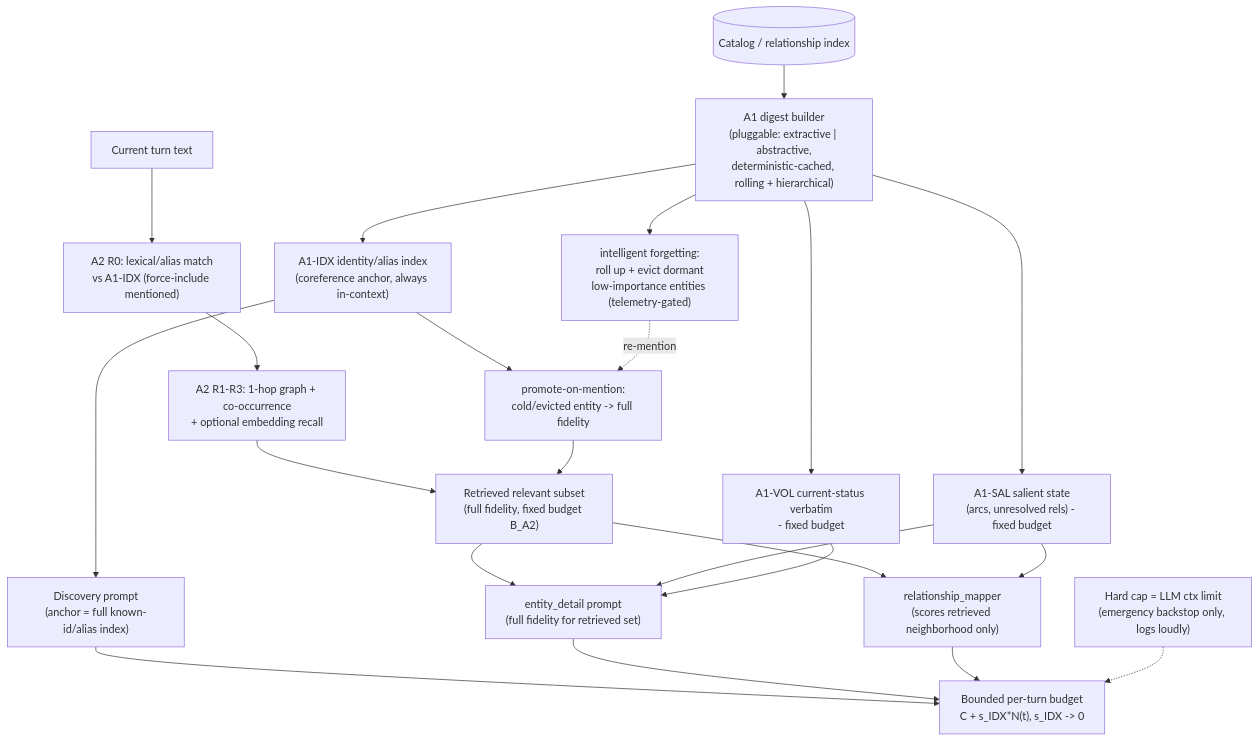
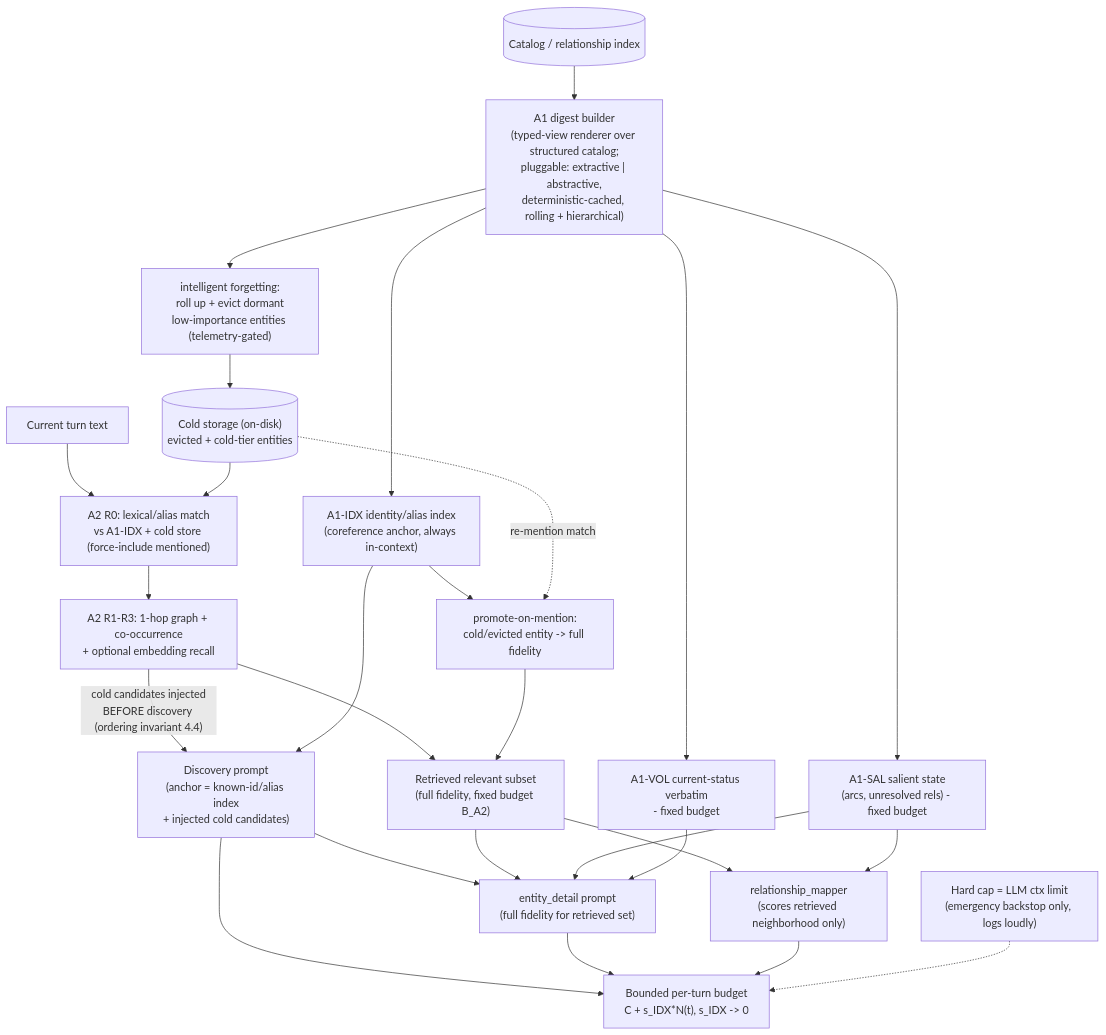
The diagram in docs/design-context-architecture-bounded.md (daviburg/narrative-state-engine), drawn with Mermaid before and after one commit. The commit also changed other lines of this file, not shown here.

````diff
--- a/docs/design-context-architecture-bounded.md
+++ b/docs/design-context-architecture-bounded.md
@@ -392,28 +489,32 @@
 ```mermaid
 flowchart TD
-    TT["Current turn text"] --> R0["A2 R0: lexical/alias match\nvs A1-IDX (force-include mentioned)"]
+    TT["Current turn text"] --> R0["A2 R0: lexical/alias match\nvs A1-IDX + cold store (force-include mentioned)"]
     R0 --> R1["A2 R1-R3: 1-hop graph + co-occurrence\n+ optional embedding recall"]
     R1 --> RET["Retrieved relevant subset\n(full fidelity, fixed budget B_A2)"]
 
-    CAT[("Catalog / relationship index")] --> DIG["A1 digest builder\n(pluggable: extractive | abstractive,\ndeterministic-cached, rolling + hierarchical)"]
+    CAT[("Catalog / relationship index")] --> DIG["A1 digest builder\n(typed-view renderer over structured catalog;\npluggable: extractive | abstractive,\ndeterministic-cached, rolling + hierarchical)"]
     DIG --> IDX["A1-IDX identity/alias index\n(coreference anchor, always in-context)"]
     DIG --> SAL["A1-SAL salient state\n(arcs, unresolved rels) - fixed budget"]
     DIG --> VOL["A1-VOL current-status verbatim\n- fixed budget"]
     DIG --> EVICT["intelligent forgetting:\nroll up + evict dormant\nlow-importance entities (telemetry-gated)"]
+    EVICT --> COLD[("Cold storage (on-disk)\nevicted + cold-tier entities")]
 
+    COLD --> R0
+    R1 -- "cold candidates injected\nBEFORE discovery (ordering invariant 4.4)" --> DISC
     IDX --> PROMO["promote-on-mention:\ncold/evicted entity -> full fidelity"]
-    EVICT -. "re-mention" .-> PROMO
+    COLD -. "re-mention match" .-> PROMO
     PROMO --> RET
 
-    IDX --> DISC["Discovery prompt\n(anchor = full known-id/alias index)"]
-    RET --> DETAIL["entity_detail prompt\n(full fidelity for retrieved set)"]
+    IDX --> DISC["Discovery prompt\n(anchor = known-id/alias index\n+ injected cold candidates)"]
+    DISC --> DETAIL["entity_detail prompt\n(full fidelity for retrieved set)"]
+    RET --> DETAIL
     SAL --> DETAIL
     VOL --> DETAIL
     RET --> RELMAP["relationship_mapper\n(scores retrieved neighborhood only)"]
     SAL --> RELMAP
 
     DISC --> BUD["Bounded per-turn budget\nC + s_IDX*N(t), s_IDX -> 0"]
     DETAIL --> BUD
     RELMAP --> BUD
     BACKSTOP["Hard cap = LLM ctx limit\n(emergency backstop only, logs loudly)"] -.-> BUD
 ```
````
